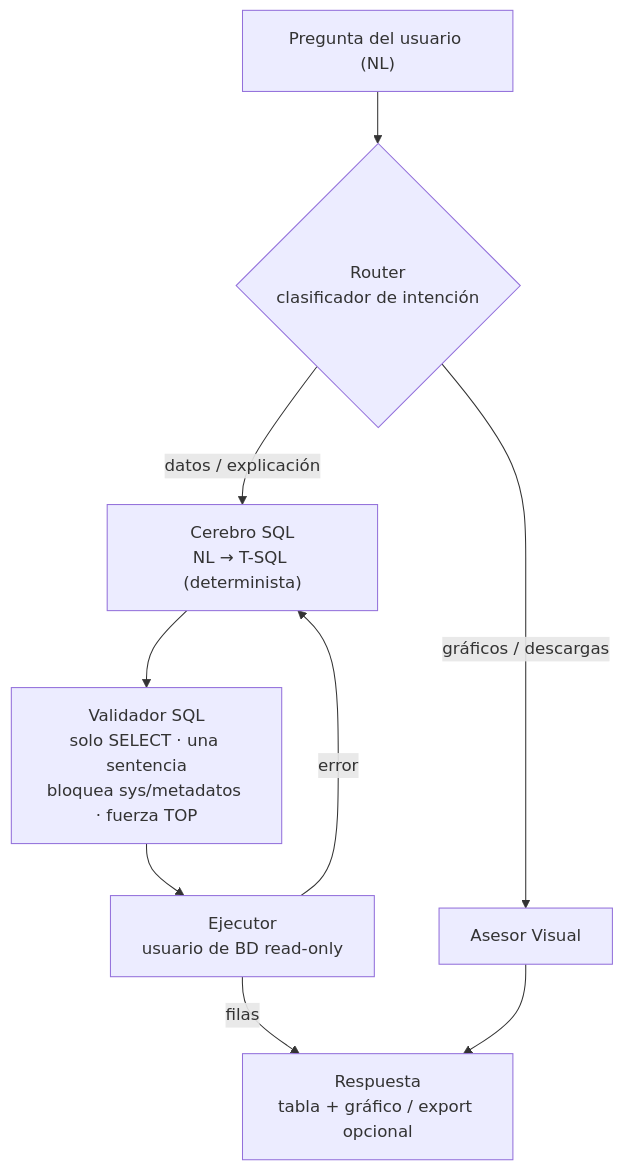
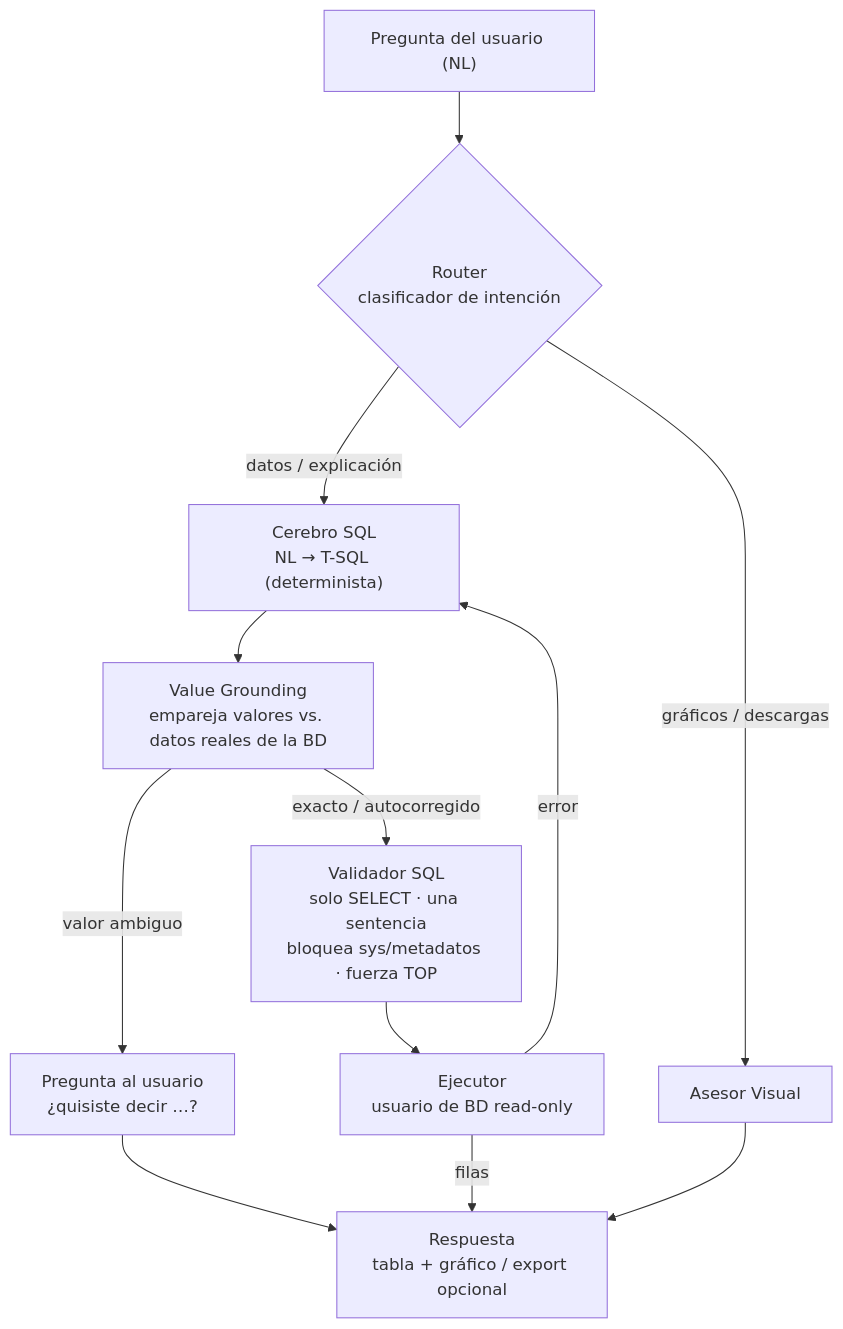
Before and after one commit to danielcordobap/text_sql_prd: the first of 2 diagrams in README.es.md, drawn with Mermaid. The commit also changed other lines of this file and 1 other file, not shown here.

````diff
--- a/README.es.md
+++ b/README.es.md
@@ -42,11 +46,14 @@
 ```mermaid
 flowchart TD
     Q["Pregunta del usuario (NL)"] --> R{Router<br/>clasificador de intención}
     R -->|datos / explicación| G["Cerebro SQL<br/>NL → T-SQL (determinista)"]
     R -->|gráficos / descargas| V["Asesor Visual"]
-    G --> VAL["Validador SQL<br/>solo SELECT · una sentencia<br/>bloquea sys/metadatos · fuerza TOP"]
+    G --> GR["Value Grounding<br/>empareja valores vs. datos reales de la BD"]
+    GR -->|valor ambiguo| CL["Pregunta al usuario<br/>¿quisiste decir …?"]
+    GR -->|exacto / autocorregido| VAL["Validador SQL<br/>solo SELECT · una sentencia<br/>bloquea sys/metadatos · fuerza TOP"]
     VAL --> EX["Ejecutor<br/>usuario de BD read-only"]
     EX -->|error| G
     EX -->|filas| F["Respuesta<br/>tabla + gráfico / export opcional"]
+    CL --> F
     V --> F
 ```
````
